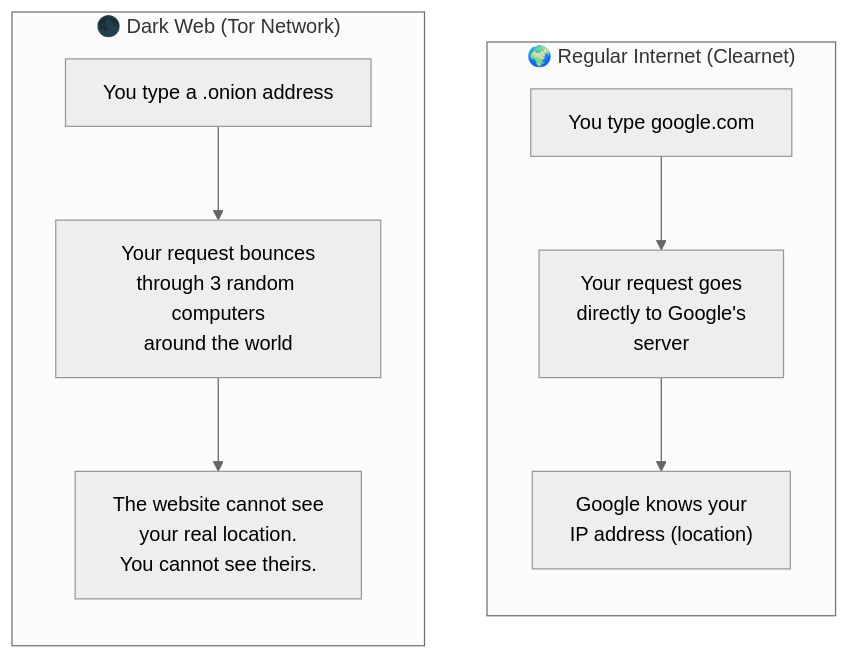
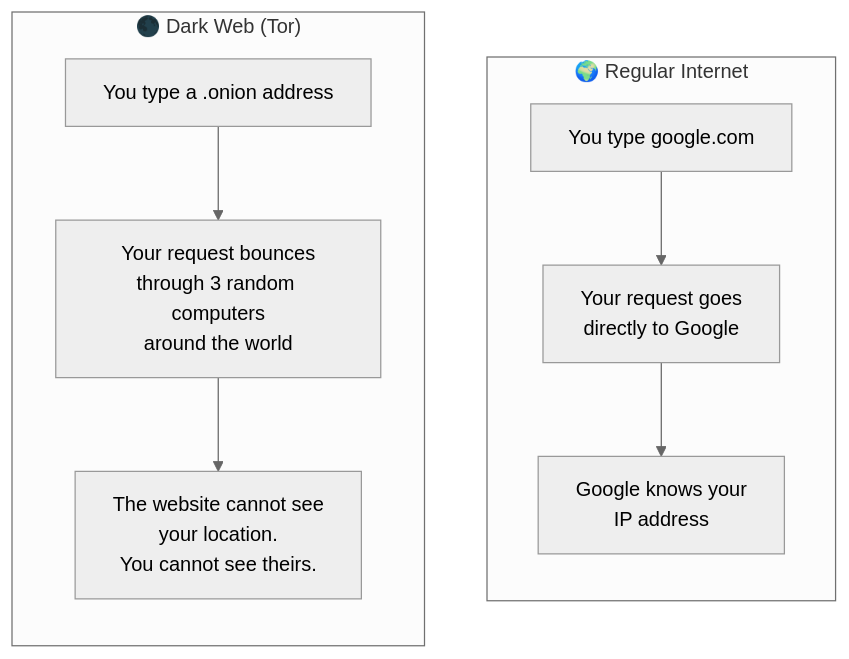
Before and after one commit to shubechavan/sih-bombil: the third of 16 diagrams in docs/PROJECT_DOCUMENTATION.md, drawn with Mermaid (neutral theme). The commit also changed other lines of this file and 12 other files, not shown here.

````diff
--- a/docs/PROJECT_DOCUMENTATION.md
+++ b/docs/PROJECT_DOCUMENTATION.md
@@ -119,18 +124,18 @@
 ```mermaid
 flowchart TD
-    subgraph Regular["🌍 Regular Internet (Clearnet)"]
+    subgraph Regular["🌍 Regular Internet"]
         direction TB
         R1["You type google.com"]
-        R2["Your request goes<br/>directly to Google's<br/>server"]
-        R3["Google knows your<br/>IP address (location)"]
+        R2["Your request goes<br/>directly to Google"]
+        R3["Google knows your<br/>IP address"]
         R1 --> R2 --> R3
     end
 
-    subgraph Tor["🌑 Dark Web (Tor Network)"]
+    subgraph Tor["🌑 Dark Web (Tor)"]
         direction TB
         T1["You type a .onion address"]
         T2["Your request bounces<br/>through 3 random computers<br/>around the world"]
-        T3["The website cannot see<br/>your real location.<br/>You cannot see theirs."]
+        T3["The website cannot see<br/>your location.<br/>You cannot see theirs."]
         T1 --> T2 --> T3
     end
 ```
````
